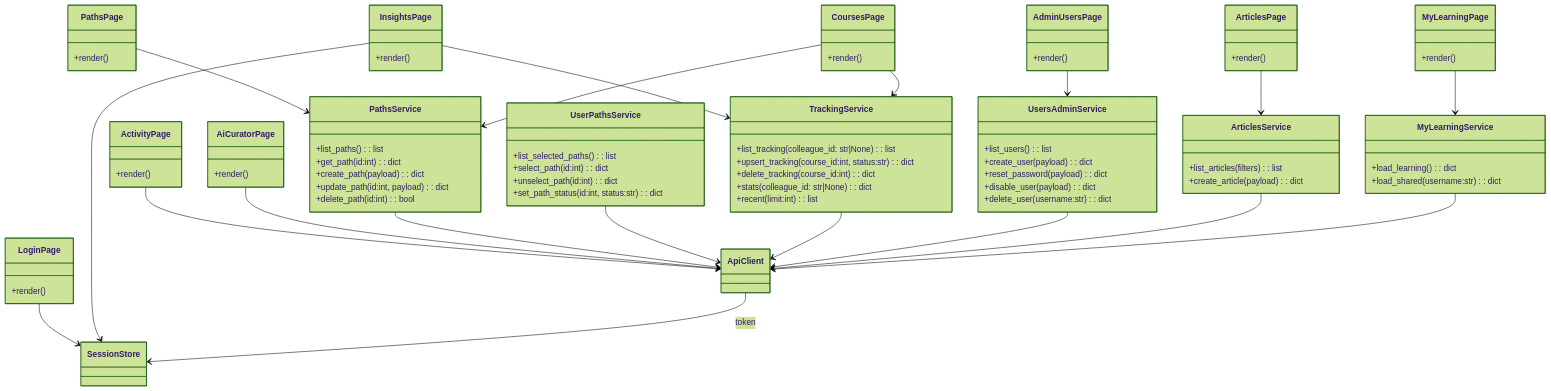
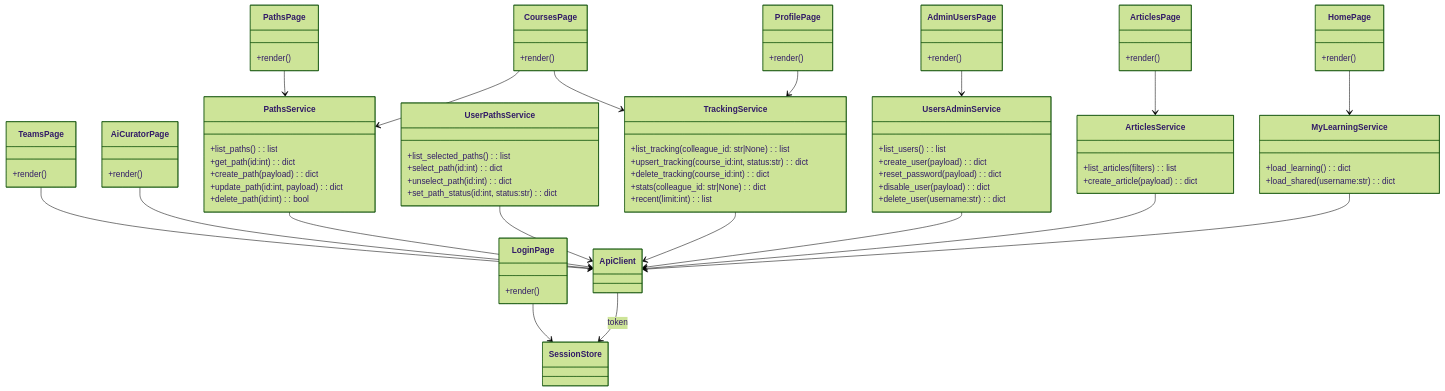
One commit to JustinMelger/Upstream changed the third of 3 diagrams in docs/architecture_frontend.md. Above: the diagram before and after it, drawn with Mermaid (forest theme). The commit also changed other lines of this file and 66 other files, not shown here.

````diff
--- a/docs/architecture_frontend.md
+++ b/docs/architecture_frontend.md
@@ -312,73 +344,72 @@
 ```mermaid
 classDiagram
   class PathsService {
     +list_paths(): list
     +get_path(id:int): dict
     +create_path(payload): dict
     +update_path(id:int, payload): dict
     +delete_path(id:int): bool
   }
 
   class UserPathsService {
     +list_selected_paths(): list
     +select_path(id:int): dict
     +unselect_path(id:int): dict
     +set_path_status(id:int, status:str): dict
   }
 
   class TrackingService {
     +list_tracking(colleague_id: str|None): list
     +upsert_tracking(course_id:int, status:str): dict
     +delete_tracking(course_id:int): dict
     +stats(colleague_id: str|None): dict
     +recent(limit:int): list
   }
 
   class UsersAdminService {
     +list_users(): list
     +create_user(payload): dict
     +reset_password(payload): dict
     +disable_user(payload): dict
     +delete_user(username:str): dict
   }
 
   class ArticlesService {
     +list_articles(filters): list
     +create_article(payload): dict
   }
 
   class MyLearningService {
     +load_learning(): dict
     +load_shared(username:str): dict
   }
 
   class LoginPage { +render() }
-  class InsightsPage { +render() }
+  class HomePage { +render() }
   class PathsPage { +render() }
   class CoursesPage { +render() }
   class ArticlesPage { +render() }
-  class MyLearningPage { +render() }
-  class ActivityPage { +render() }
+  class TeamsPage { +render() }
+  class ProfilePage { +render() }
   class AdminUsersPage { +render() }
   class AiCuratorPage { +render() }
 
   LoginPage --> SessionStore
-  InsightsPage --> SessionStore
-  InsightsPage --> TrackingService
+  HomePage --> MyLearningService
   PathsPage --> PathsService
   CoursesPage --> TrackingService
   CoursesPage --> PathsService
   ArticlesPage --> ArticlesService
-  MyLearningPage --> MyLearningService
-  ActivityPage --> ApiClient
+  TeamsPage --> ApiClient
+  ProfilePage --> TrackingService
   AdminUsersPage --> UsersAdminService
   AiCuratorPage --> ApiClient
 
   PathsService --> ApiClient
   UserPathsService --> ApiClient
   TrackingService --> ApiClient
   UsersAdminService --> ApiClient
   ArticlesService --> ApiClient
   MyLearningService --> ApiClient
   ApiClient --> SessionStore : token
 ```
````
